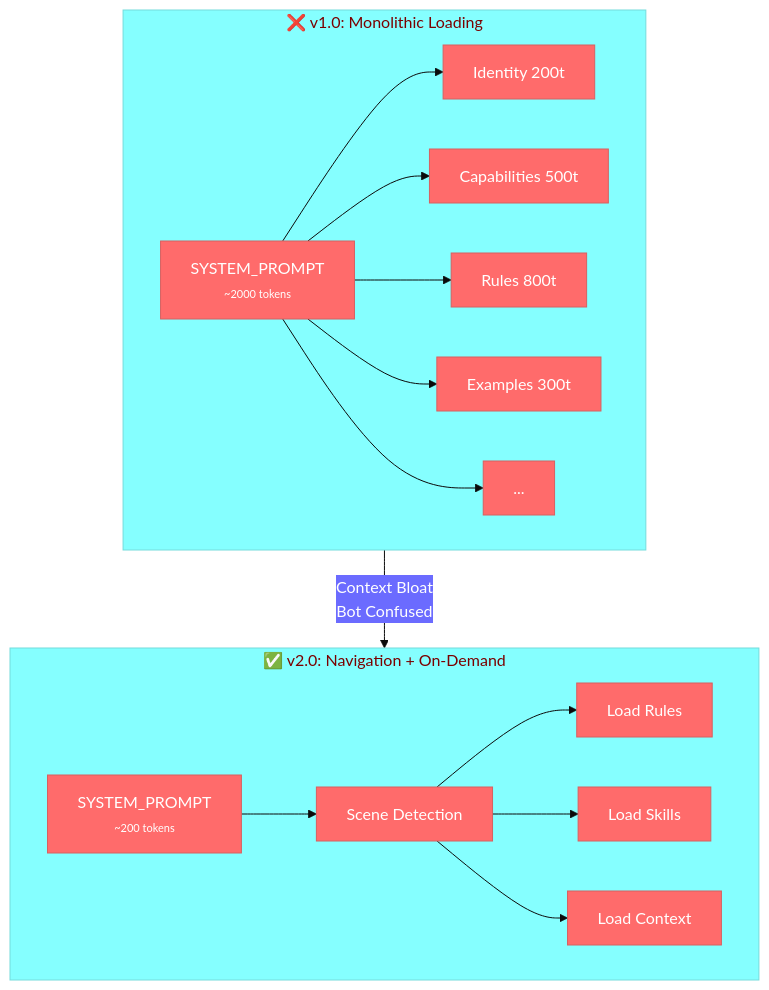
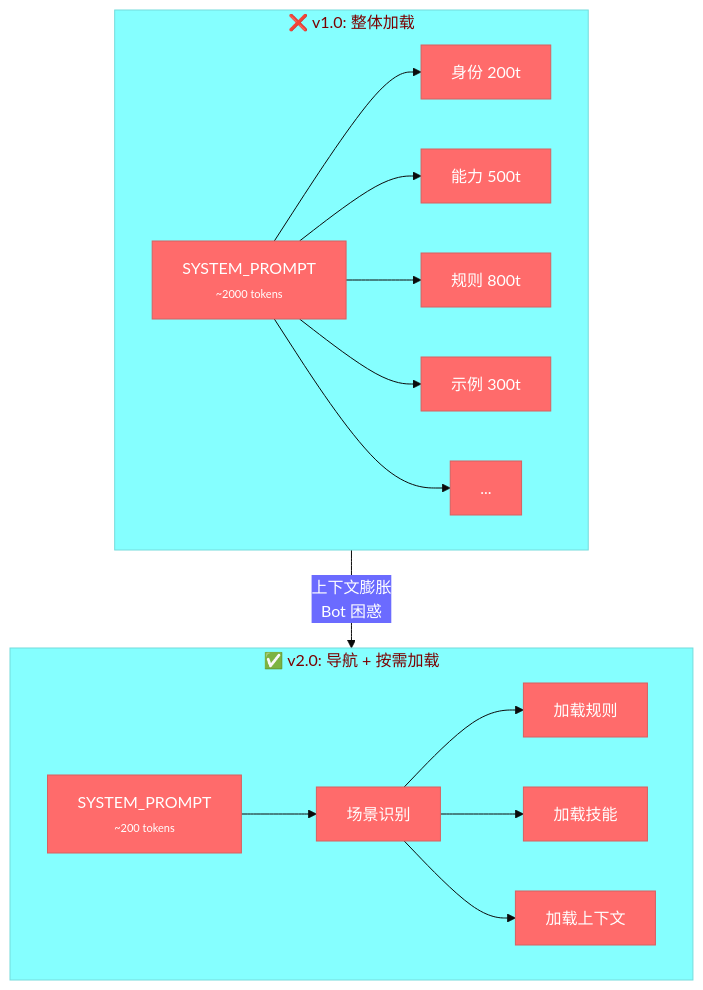
One commit to unlimblue/ai-toolbox changed the first of 13 diagrams in prompts/README.md. Above: the diagram before and after it, drawn with Mermaid. The commit also changed other lines of this file, not shown here.

````diff
--- a/prompts/README.md
+++ b/prompts/README.md
@@ -14,25 +14,25 @@
 ```mermaid
 %%{init: {'theme': 'base', 'themeVariables': { 'primaryColor': '#ff6b6b', 'primaryTextColor': '#fff'}}}%%
 flowchart TB
-    subgraph V1["❌ v1.0: Monolithic Loading"]
+    subgraph V1["❌ v1.0: 整体加载"]
         A1[SYSTEM_PROMPT
         <span style='font-size:11px'>~2000 tokens</span>]
-        A1 --> B1[Identity 200t]
-        A1 --> C1[Capabilities 500t]
-        A1 --> D1[Rules 800t]
-        A1 --> E1[Examples 300t]
+        A1 --> B1[身份 200t]
+        A1 --> C1[能力 500t]
+        A1 --> D1[规则 800t]
+        A1 --> E1[示例 300t]
         A1 --> F1[...]
     end
 
-    subgraph V2["✅ v2.0: Navigation + On-Demand"]
+    subgraph V2["✅ v2.0: 导航 + 按需加载"]
         A2[SYSTEM_PROMPT
         <span style='font-size:11px'>~200 tokens</span>]
-        A2 --> B2[Scene Detection]
-        B2 --> C2[Load Rules]
-        B2 --> D2[Load Skills]
-        B2 --> E2[Load Context]
+        A2 --> B2[场景识别]
+        B2 --> C2[加载规则]
+        B2 --> D2[加载技能]
+        B2 --> E2[加载上下文]
     end
 
-    V1 -->|"Context Bloat
-    Bot Confused"| V2
+    V1 -->|"上下文膨胀
+    Bot 困惑"| V2
 ```
````
